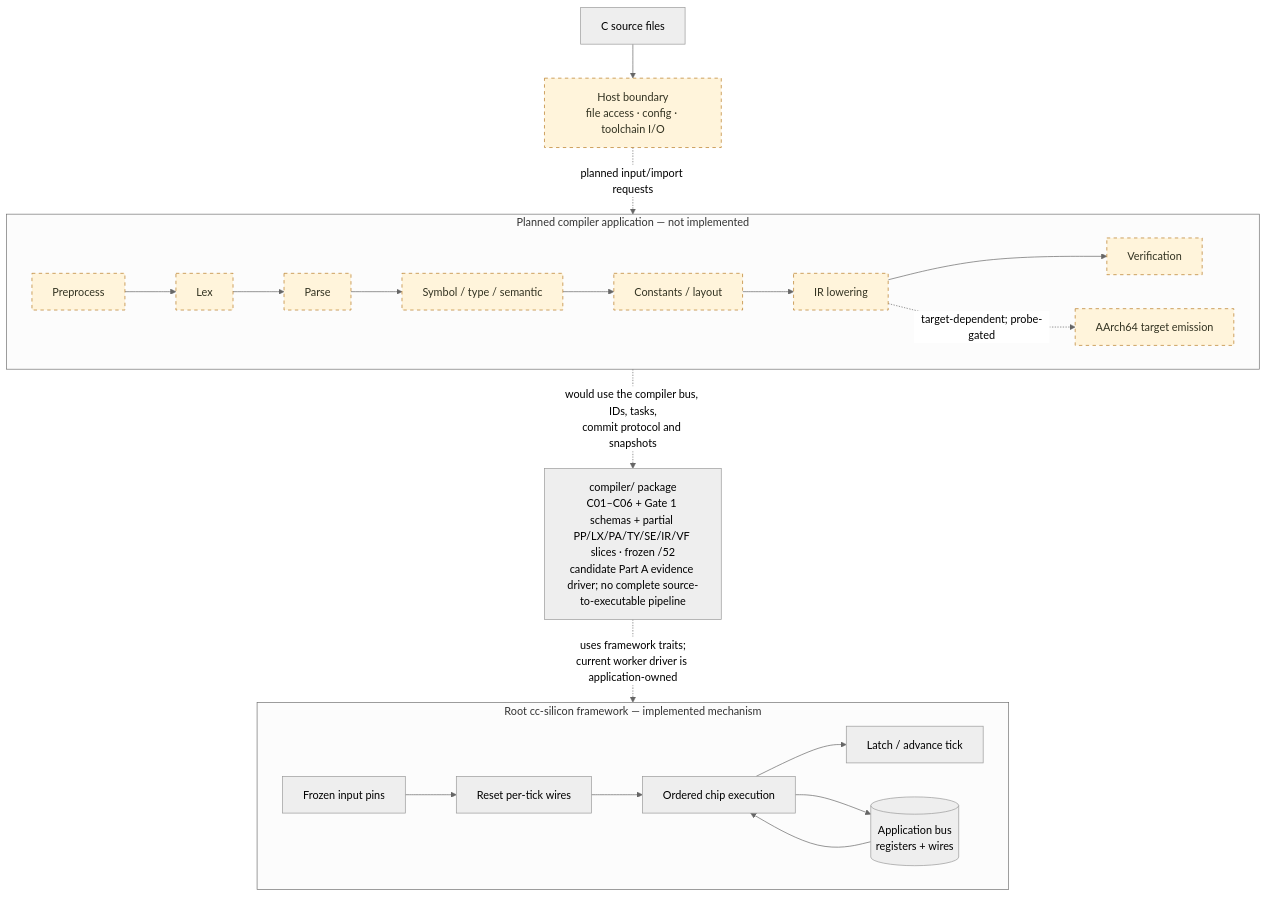
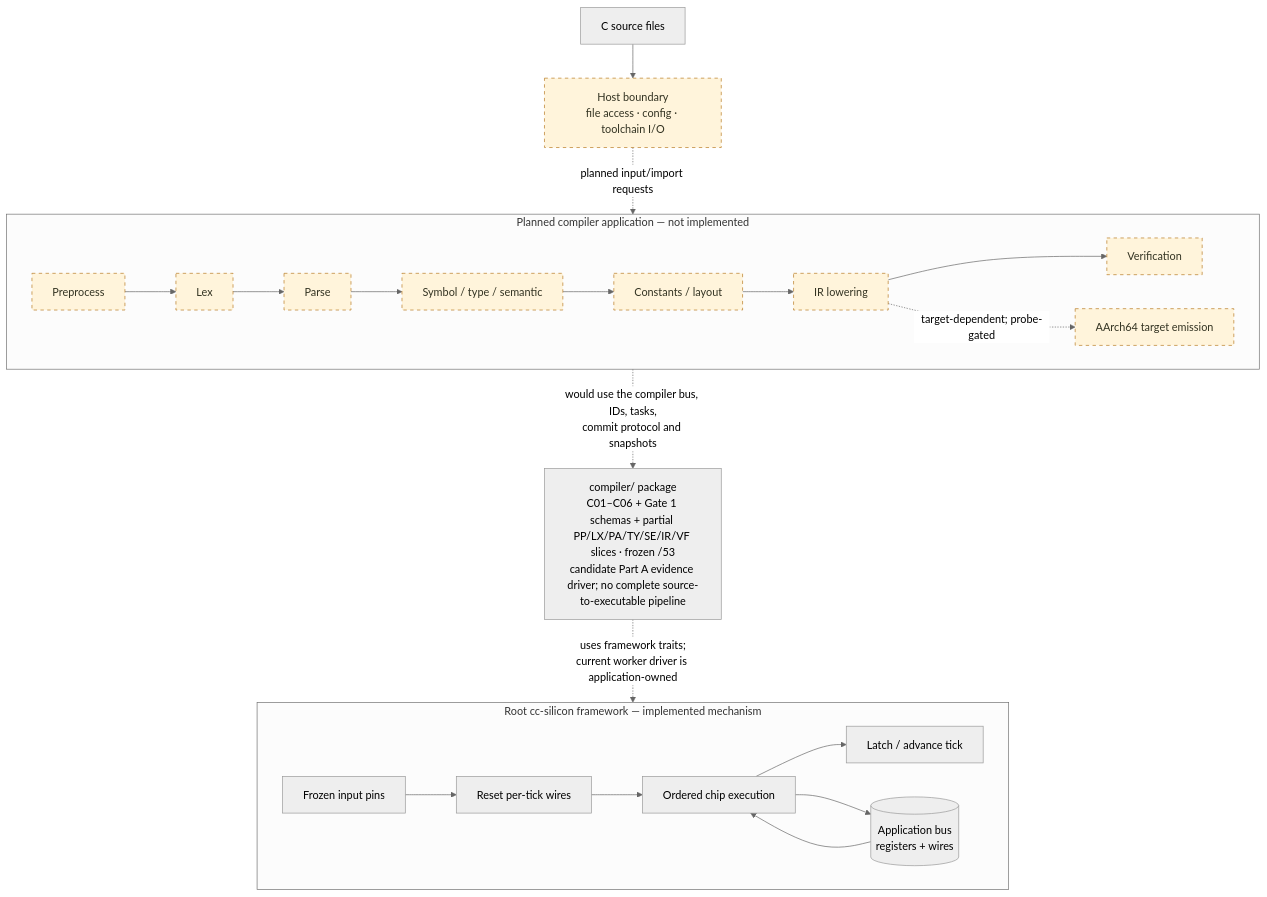
One commit to immane/cc-silicon changed the first of 2 diagrams in README.md. Above: the diagram before and after it, drawn with Mermaid (neutral theme). The commit also changed other lines of this file and 16 other files, not shown here.

````diff
--- a/README.md
+++ b/README.md
@@ -132,28 +132,28 @@
 ```mermaid
 flowchart TB
     SRC["C source files"] --> HOST["Host boundary<br/>file access · config · toolchain I/O"]
     HOST -. "planned input/import requests" .-> PIPE
 
     subgraph PIPE["Planned compiler application — not implemented"]
         direction LR
         PP["Preprocess"] --> LEX["Lex"] --> PARSE["Parse"] --> SEM["Symbol / type / semantic"]
         SEM --> CONST["Constants / layout"] --> IR["IR lowering"] --> VERIFY["Verification"]
         IR -. "target-dependent; probe-gated" .-> TARGET["AArch64 target emission"]
     end
 
-    FOUNDATION["compiler/ package<br/>C01–C06 + Gate 1 schemas + partial PP/LX/PA/TY/SE/IR/VF slices · frozen /52<br/>candidate Part A evidence driver; no complete source-to-executable pipeline"]
+    FOUNDATION["compiler/ package<br/>C01–C06 + Gate 1 schemas + partial PP/LX/PA/TY/SE/IR/VF slices · frozen /53<br/>candidate Part A evidence driver; no complete source-to-executable pipeline"]
     PIPE -. "would use the compiler bus, IDs, tasks,<br/>commit protocol and snapshots" .-> FOUNDATION
 
     subgraph RUNTIME["Root cc-silicon framework — implemented mechanism"]
         direction LR
         PINS["Frozen input pins"] --> RESET["Reset per-tick wires"] --> CHIPS["Ordered chip execution"]
         CHIPS --> LATCH["Latch / advance tick"]
         BUS[("Application bus<br/>registers + wires")]
         BUS --> CHIPS
         CHIPS --> BUS
     end
     FOUNDATION -. "uses framework traits;<br/>current worker driver is application-owned" .-> RUNTIME
 
     classDef planned fill:#fff4db,stroke:#b7791f,stroke-dasharray:5 5,color:#332;
     class PP,LEX,PARSE,SEM,CONST,IR,VERIFY,TARGET,HOST planned;
 ```
````
